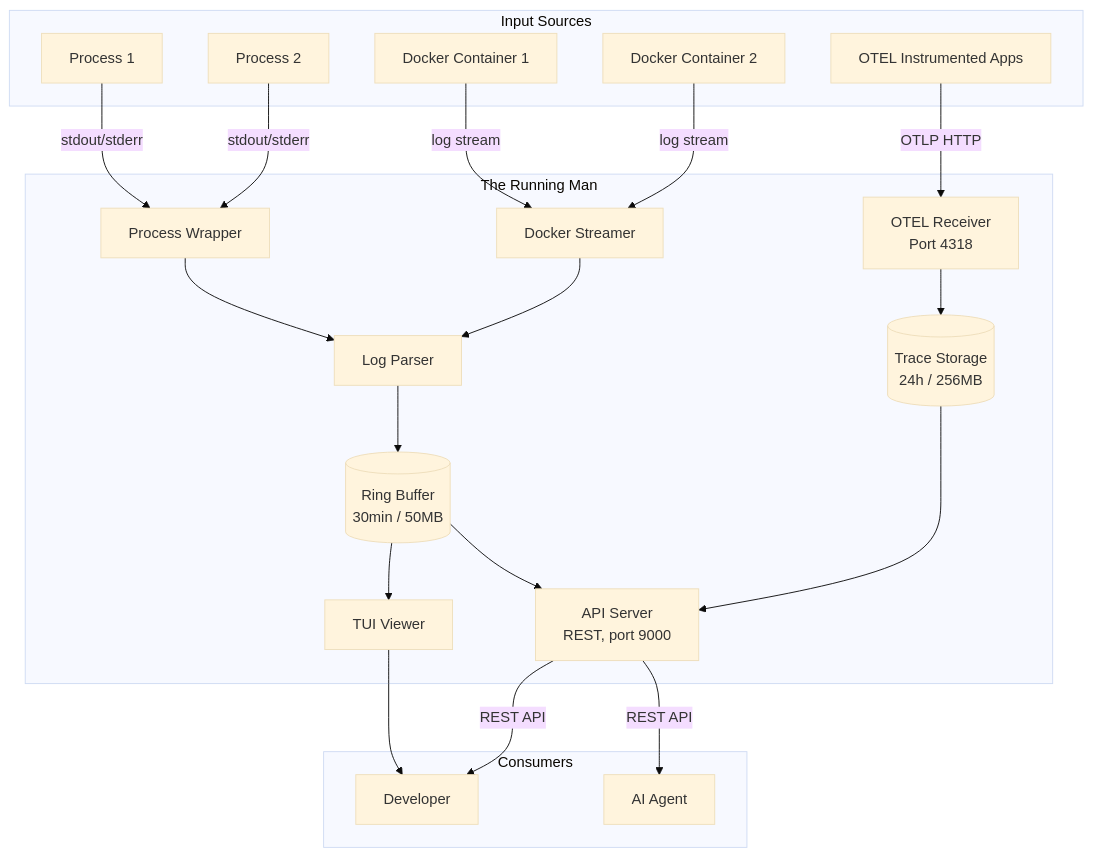
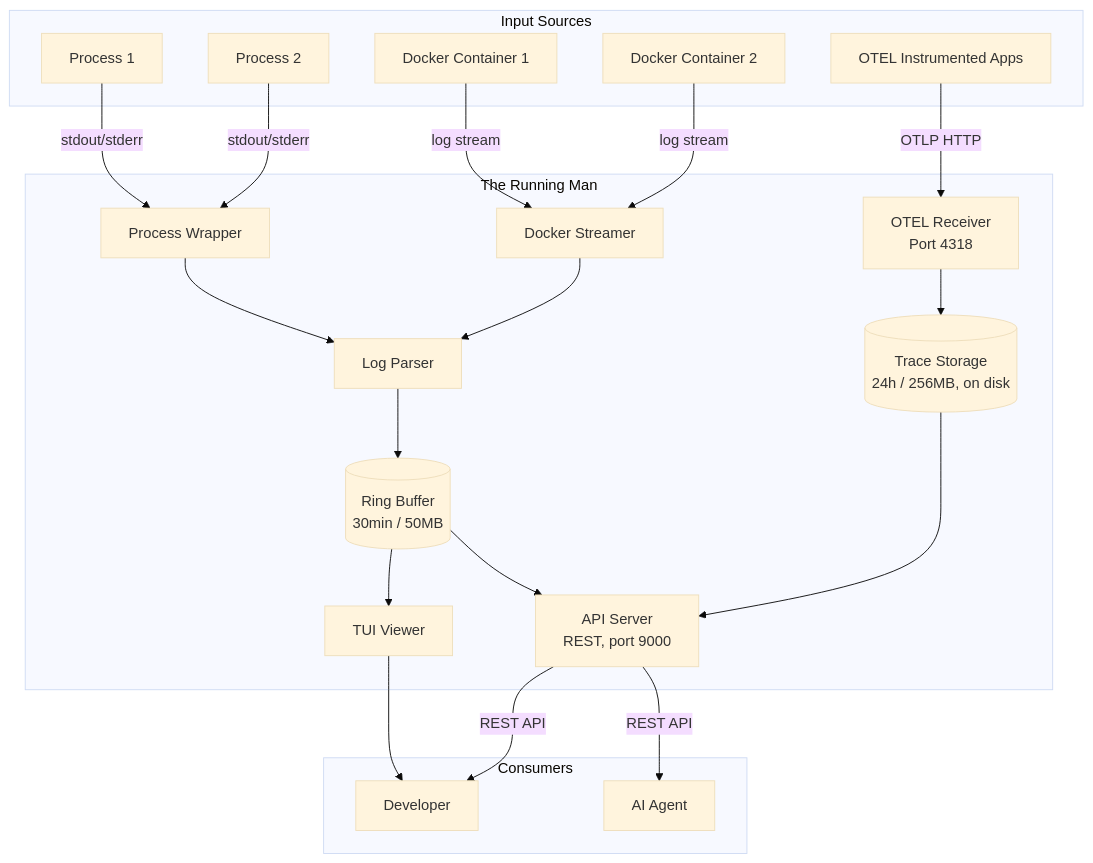
Before and after one commit to elbeanio/the_running_man: the diagram in docs/architecture.md, drawn with Mermaid (base theme). The commit also changed other lines of this file and 26 other files, not shown here.

````diff
--- a/docs/architecture.md
+++ b/docs/architecture.md
@@ -9,44 +9,44 @@
 ```mermaid
 graph TB
     subgraph "Input Sources"
         P1[Process 1]
         P2[Process 2]
         D1[Docker Container 1]
         D2[Docker Container 2]
         OTEL[OTEL Instrumented Apps]
     end
     
     subgraph "The Running Man"
         PW[Process Wrapper]
         DS[Docker Streamer]
         OTEL_REC[OTEL Receiver<br/>Port 4318]
         PARSER[Log Parser]
         BUFFER[(Ring Buffer<br/>30min / 50MB)]
-        TRACE_STORE[(Trace Storage<br/>24h / 256MB)]
+        TRACE_STORE[(Trace Storage<br/>24h / 256MB, on disk)]
         API[API Server<br/>REST, port 9000]
         TUI[TUI Viewer]
         
         P1 -->|stdout/stderr| PW
         P2 -->|stdout/stderr| PW
         D1 -->|log stream| DS
         D2 -->|log stream| DS
         OTEL -->|OTLP HTTP| OTEL_REC
         
         PW --> PARSER
         DS --> PARSER
         PARSER --> BUFFER
         OTEL_REC --> TRACE_STORE
         BUFFER --> API
         TRACE_STORE --> API
         BUFFER --> TUI
     end
     
     subgraph "Consumers"
         AGENT[AI Agent]
         USER[Developer]
         
         API -->|REST API| AGENT
         API -->|REST API| USER
         TUI --> USER
     end
 ```
````
